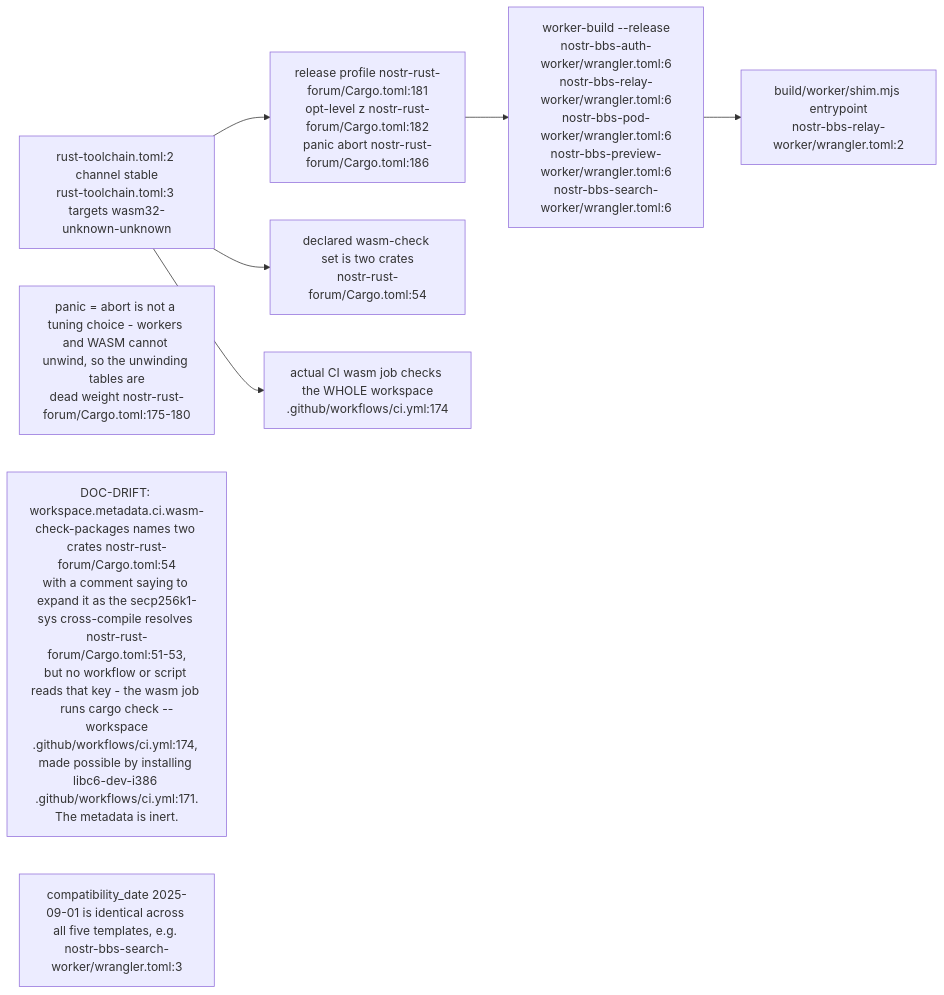
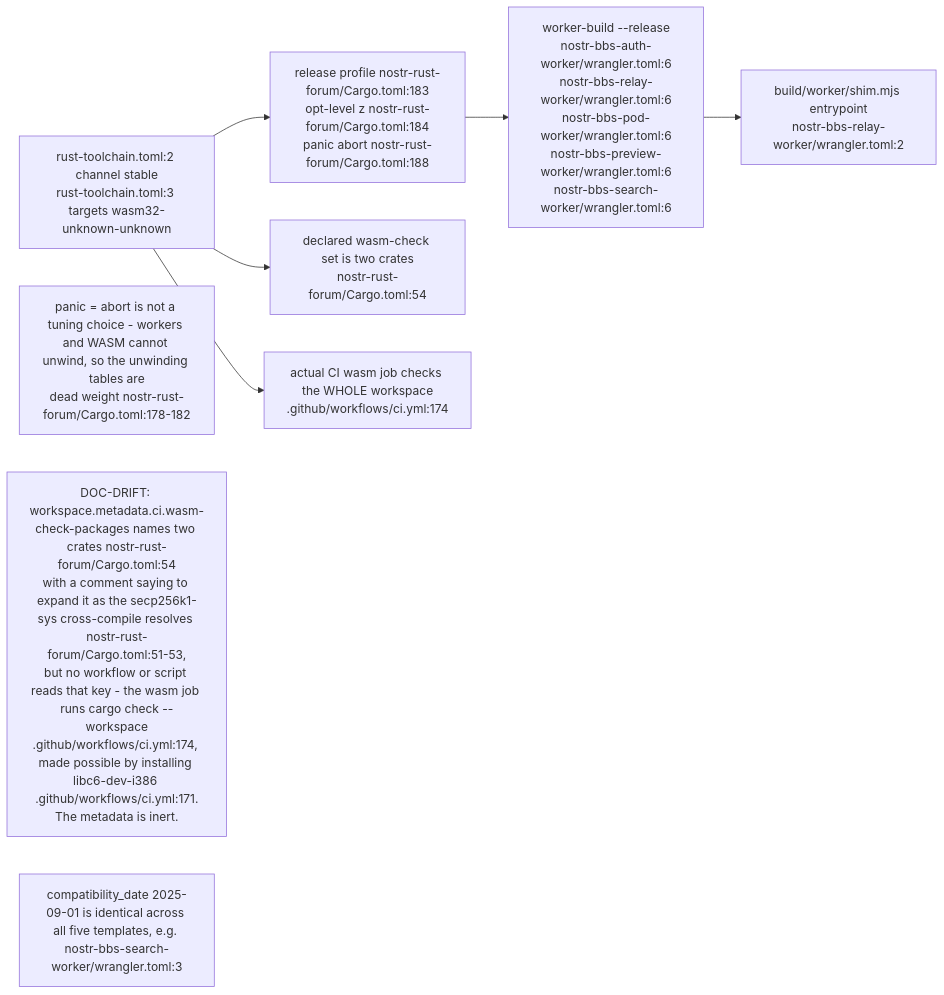
Before and after one commit to DreamLab-AI/VisionFlow: the second of 6 diagrams in docs/diagrams/nostr-rust-forum/01-workspace-and-worker-topology.md, drawn with Mermaid. The commit also changed other lines of this file and 94 other files, not shown here.

First line of the commit message:
docs(diagrams): re-verify 130 topics against 2 October HEADs

````diff
--- a/docs/diagrams/nostr-rust-forum/01-workspace-and-worker-topology.md
+++ b/docs/diagrams/nostr-rust-forum/01-workspace-and-worker-topology.md
@@ -86,17 +86,17 @@
 ```mermaid
 flowchart LR
     TC["rust-toolchain.toml:2 channel stable<br/>rust-toolchain.toml:3 targets wasm32-unknown-unknown"]
-    PROF["release profile nostr-rust-forum/Cargo.toml:181<br/>opt-level z nostr-rust-forum/Cargo.toml:182<br/>panic abort nostr-rust-forum/Cargo.toml:186"]
+    PROF["release profile nostr-rust-forum/Cargo.toml:183<br/>opt-level z nostr-rust-forum/Cargo.toml:184<br/>panic abort nostr-rust-forum/Cargo.toml:188"]
     WB["worker-build --release<br/>nostr-bbs-auth-worker/wrangler.toml:6<br/>nostr-bbs-relay-worker/wrangler.toml:6<br/>nostr-bbs-pod-worker/wrangler.toml:6<br/>nostr-bbs-preview-worker/wrangler.toml:6<br/>nostr-bbs-search-worker/wrangler.toml:6"]
     SHIM["build/worker/shim.mjs entrypoint<br/>nostr-bbs-relay-worker/wrangler.toml:2"]
     CIW["declared wasm-check set is two crates<br/>nostr-rust-forum/Cargo.toml:54"]
     CIJOB["actual CI wasm job checks the WHOLE workspace<br/>.github/workflows/ci.yml:174"]
 
     TC --> PROF --> WB --> SHIM
     TC --> CIW
     TC --> CIJOB
 
-    N1["panic = abort is not a tuning choice - workers and WASM cannot unwind, so the unwinding tables are<br/>dead weight nostr-rust-forum/Cargo.toml:175-180"]
+    N1["panic = abort is not a tuning choice - workers and WASM cannot unwind, so the unwinding tables are<br/>dead weight nostr-rust-forum/Cargo.toml:178-182"]
     N2["DOC-DRIFT: workspace.metadata.ci.wasm-check-packages names two crates nostr-rust-forum/Cargo.toml:54<br/>with a comment saying to expand it as the secp256k1-sys cross-compile resolves nostr-rust-forum/Cargo.toml:51-53,<br/>but no workflow or script reads that key - the wasm job runs cargo check --workspace<br/>.github/workflows/ci.yml:174, made possible by installing libc6-dev-i386 .github/workflows/ci.yml:171.<br/>The metadata is inert."]
     N3["compatibility_date 2025-09-01 is identical across all five templates, e.g. nostr-bbs-search-worker/wrangler.toml:3"]
 ```
````
